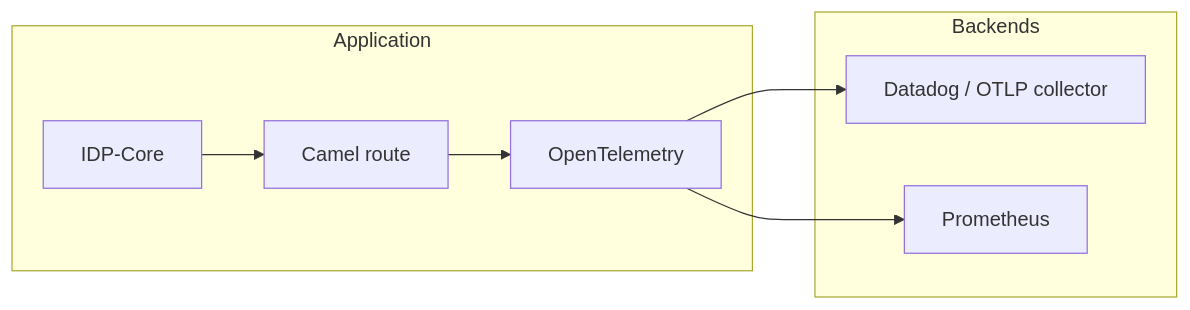
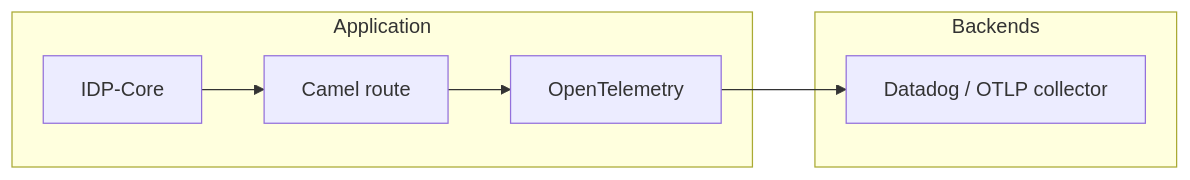
One commit to Decathlon/internal-developer-platform changed the diagram in docs/src/deployment/observability.md. Above: the diagram before and after it, drawn with Mermaid. The commit also changed other lines of this file and 8 other files, not shown here.

````diff
--- a/docs/src/deployment/observability.md
+++ b/docs/src/deployment/observability.md
@@ -8,18 +8,16 @@
 ```mermaid
 flowchart LR
     subgraph "Application"
         APP[IDP-Core]
         CAMEL[Camel route]
         OTEL[OpenTelemetry]
     end
 
     subgraph "Backends"
         DD[Datadog / OTLP collector]
-        PROM[Prometheus]
     end
 
     APP --> CAMEL
     CAMEL --> OTEL
     OTEL --> DD
-    OTEL --> PROM
 ```
````
